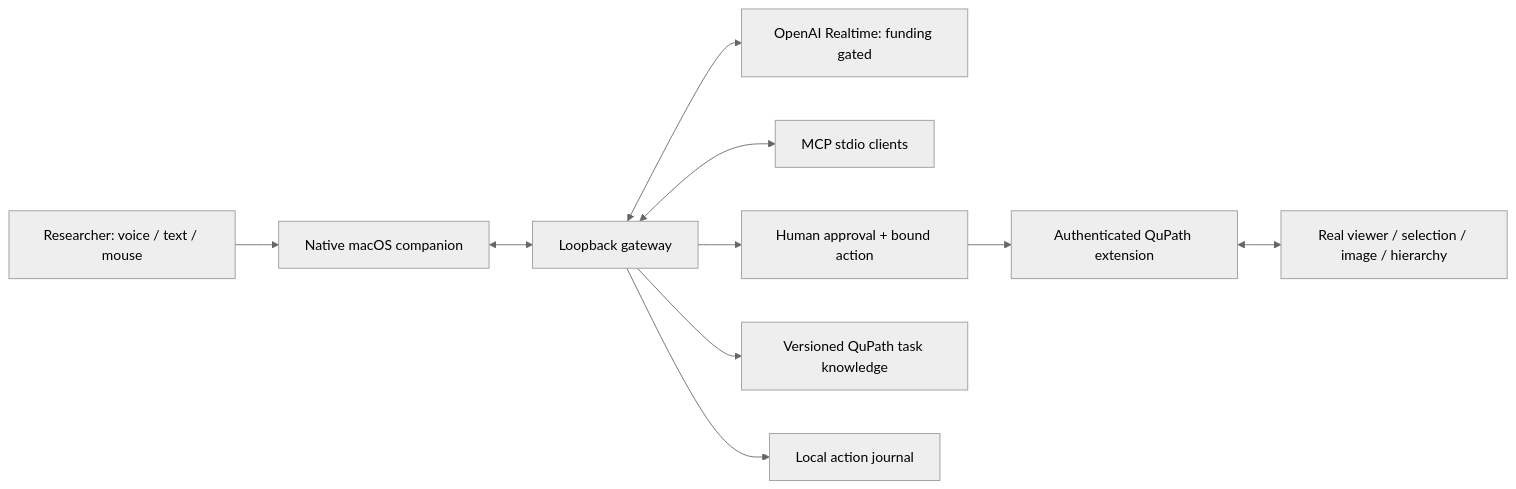
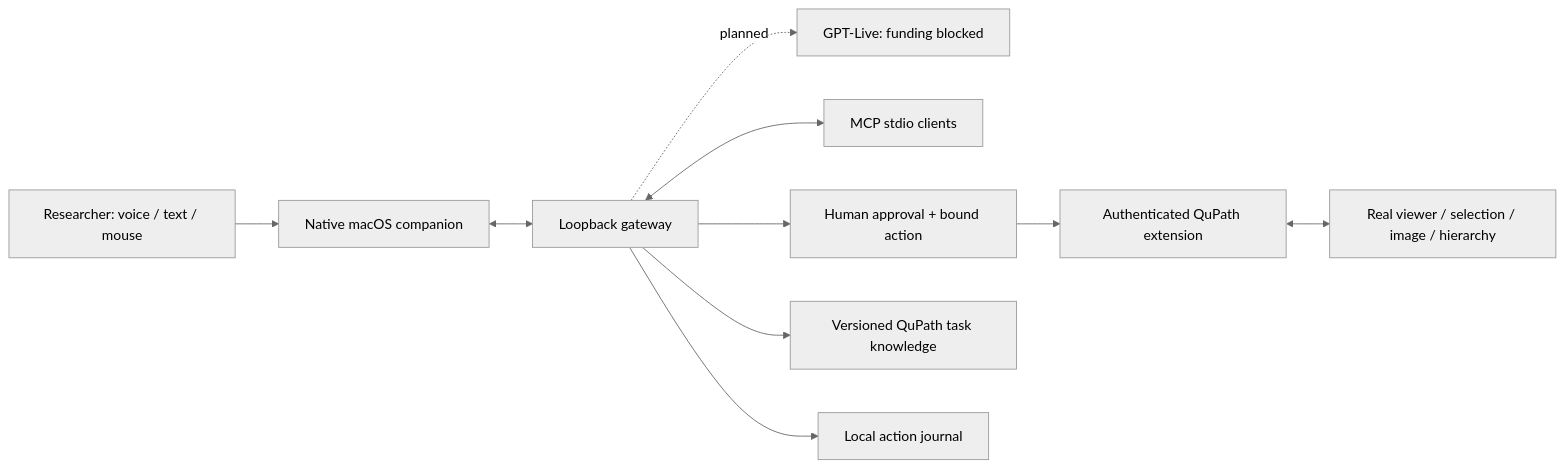
The diagram in docs/ARCHITECTURE.md (AyushGupta05/Voice), drawn with Mermaid (neutral theme) before and after one commit. The commit also changed other lines of this file and 16 other files, not shown here.

````diff
--- a/docs/ARCHITECTURE.md
+++ b/docs/ARCHITECTURE.md
@@ -3,12 +3,12 @@
 ```mermaid
 flowchart LR
     Researcher[Researcher: voice / text / mouse] --> Companion[Native macOS companion]
     Companion <--> Gateway[Loopback gateway]
-    Gateway <--> Voice[OpenAI Realtime: funding gated]
+    Gateway -. planned .-> Voice[GPT-Live: funding blocked]
     Gateway <--> MCP[MCP stdio clients]
     Gateway --> Approval[Human approval + bound action]
     Approval --> Bridge[Authenticated QuPath extension]
     Bridge <--> QuPath[Real viewer / selection / image / hierarchy]
     Gateway --> Knowledge[Versioned QuPath task knowledge]
     Gateway --> Audit[Local action journal]
 ```
````
